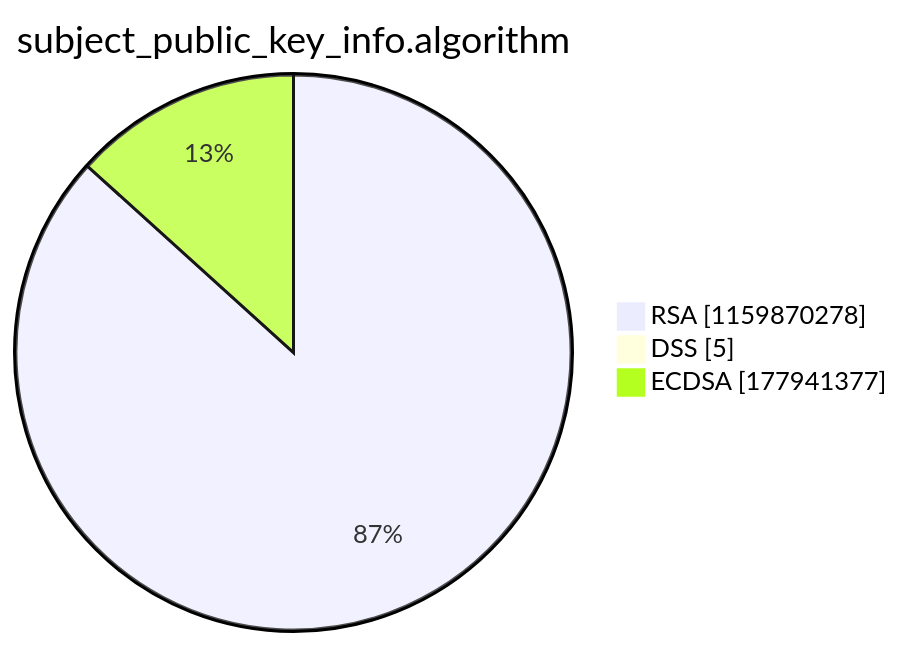
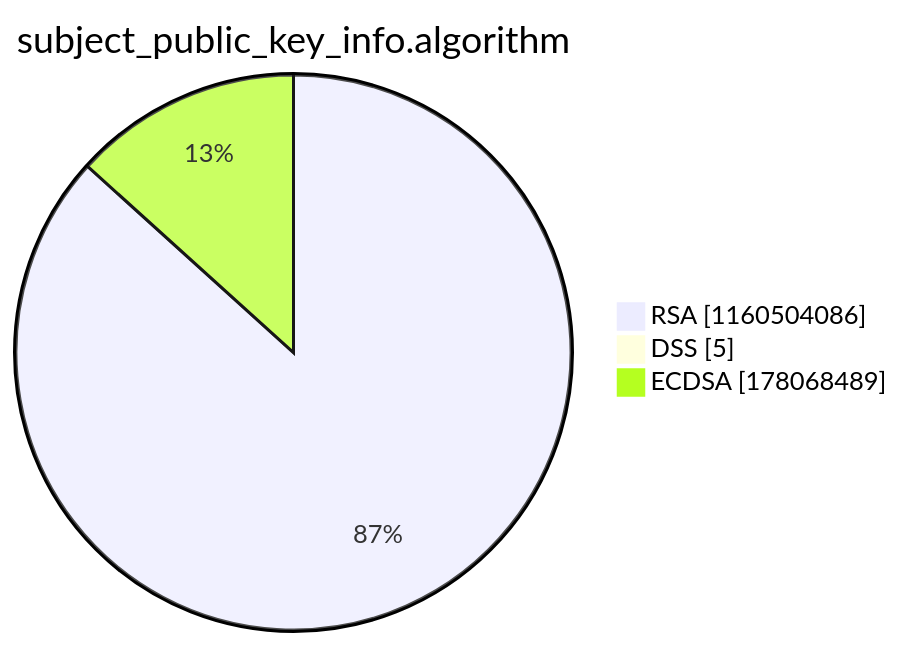
One commit to christiankrug/ctmonitor_visualization changed the third of 15 diagrams in argon2022/README.md. Above: the diagram before and after it, drawn with Mermaid. The commit also changed other lines of this file, not shown here.

````diff
--- a/argon2022/README.md
+++ b/argon2022/README.md
@@ -14,7 +14,7 @@
 ```mermaid
 pie showData
 title subject_public_key_info.algorithm
-"RSA" :1159870278
+"RSA" :1160504086
 "DSS" :5
-"ECDSA" :177941377
+"ECDSA" :178068489
 ```
````
